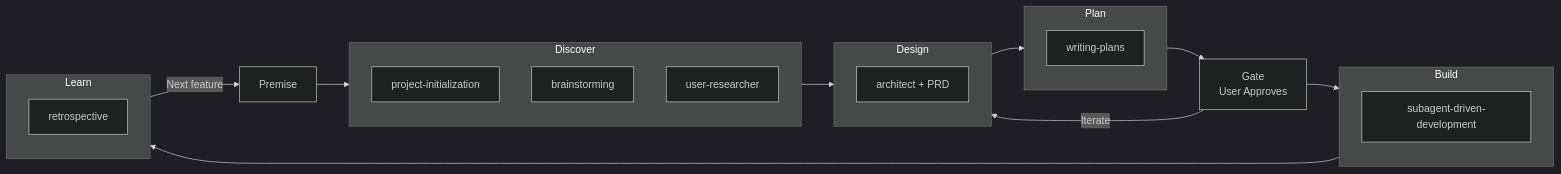
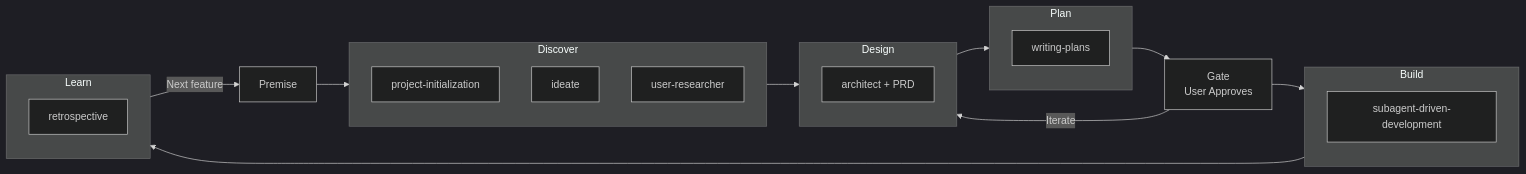
The diagram in README.md (neoaisac/opencode-productforge), drawn with Mermaid (dark theme) before and after one commit. The commit also changed other lines of this file, not shown here.

Commit message:
docs: update README — brainstorming → ideate, add autonomy levels

````diff
--- a/README.md
+++ b/README.md
@@ -19,33 +20,33 @@
 ```mermaid
 flowchart LR
     P[Premise] --> D[Discover]
     D --> D2[Design]
     D2 --> P2[Plan]
     P2 --> G[Gate<br>User Approves]
     G --> B[Build]
     G -->|Iterate| D2
     B --> L[Learn]
     L -->|Next feature| P
 
     subgraph D[Discover]
         Init["project-initialization"]
-        BS["brainstorming"]
+        ID["ideate"]
         UR["user-researcher"]
     end
 
     subgraph D2[Design]
         Arch["architect + PRD"]
     end
 
     subgraph P2[Plan]
         WP["writing-plans"]
     end
 
     subgraph B[Build]
         Exec["subagent-driven-development"]
     end
 
     subgraph L[Learn]
         Retro["retrospective"]
     end
 ```
````
